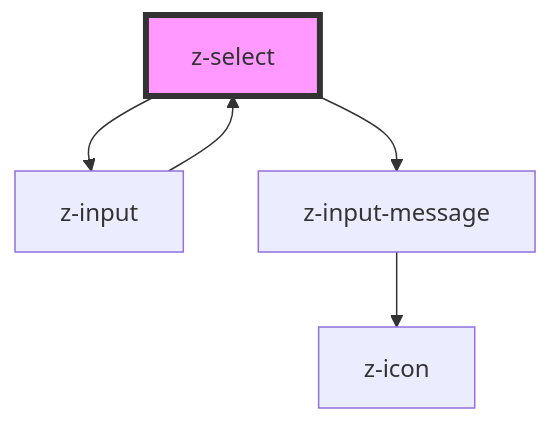
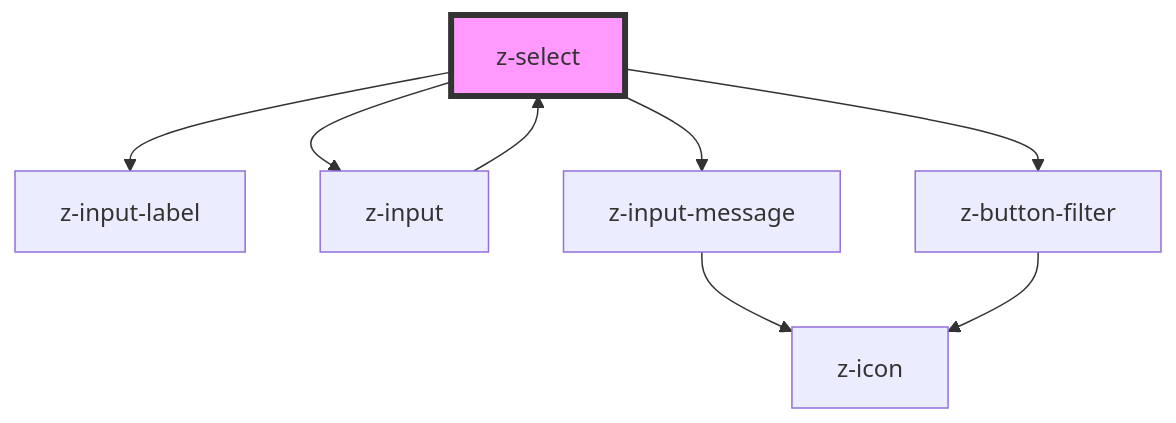
The diagram in src/components/inputs/z-select/readme.md (ZanichelliEditore/design-system), drawn with Mermaid before and after one commit. The commit also changed other lines of this file and 11 other files, not shown here.

````diff
--- a/src/components/inputs/z-select/readme.md
+++ b/src/components/inputs/z-select/readme.md
@@ -59,8 +61,11 @@
 ```mermaid
 graph TD;
+  z-select --> z-input-label
   z-select --> z-input
+  z-select --> z-button-filter
   z-select --> z-input-message
   z-input --> z-select
   z-input-message --> z-icon
+  z-button-filter --> z-icon
   style z-select fill:#f9f,stroke:#333,stroke-width:4px
 ```
````
